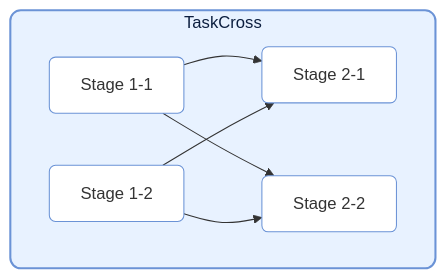
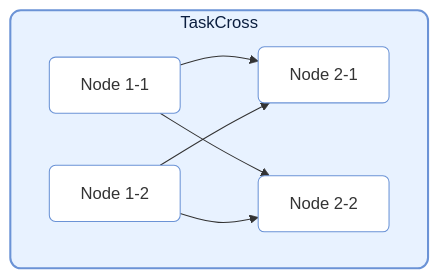
The second of 6 diagrams in docs/ja/src/graph/core_structure.md (Mr-xiaotian/CelestialFlow), drawn with Mermaid before and after one commit. The commit also changed other lines of this file and 181 other files, not shown here.

````diff
--- a/docs/ja/src/graph/core_structure.md
+++ b/docs/ja/src/graph/core_structure.md
@@ -46,20 +46,20 @@
 ```mermaid
 flowchart LR
     subgraph TC[TaskCross]
         direction LR
         
-        S11[Stage 1-1]
-        S12[Stage 1-2]
+        S11[Node 1-1]
+        S12[Node 1-2]
         
-        S21[Stage 2-1]
-        S22[Stage 2-2]
+        S21[Node 2-1]
+        S22[Node 2-2]
 
         S11 --> S21
         S11 --> S22
         S12 --> S21
         S12 --> S22
     end
     style TC fill:#e8f2ff,stroke:#6b93d6,stroke-width:2px,color:#0b1e3f,rx:10px,ry:10px
     classDef blueNode fill:#ffffff,stroke:#6b93d6,rx:6px,ry:6px;
     class S11,S12,S21,S22 blueNode;
 ```
````
